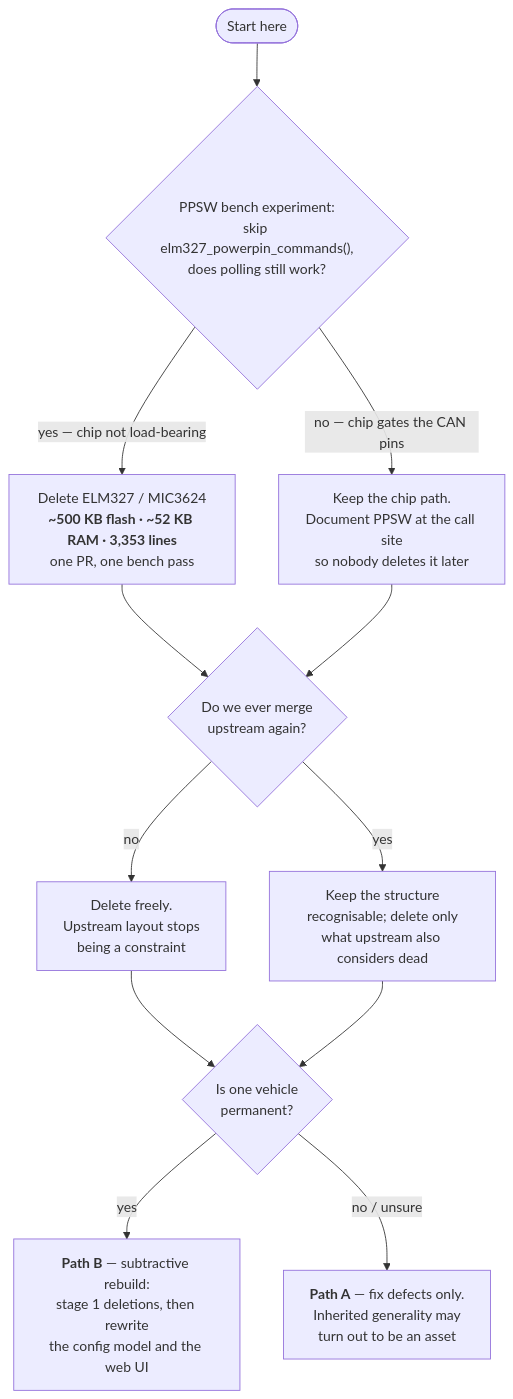
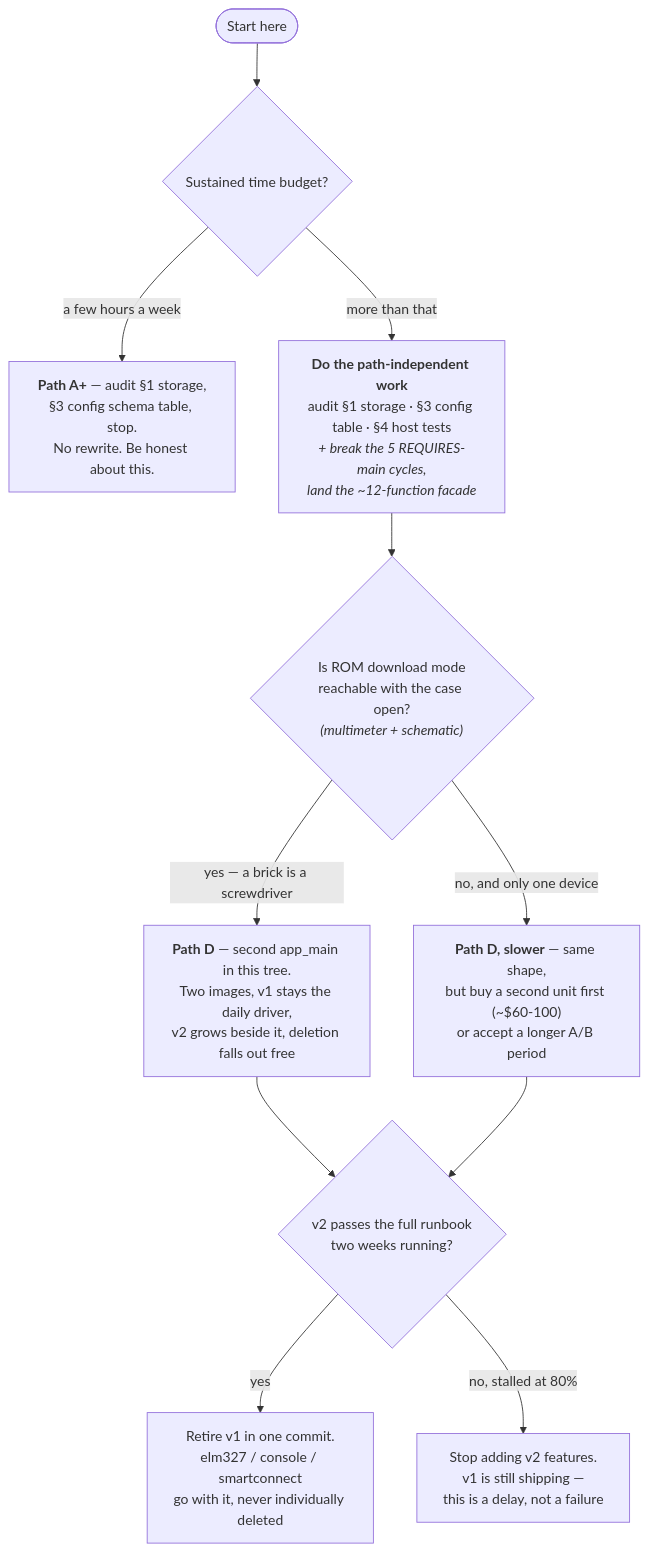
One commit to cdufresne81/nc-flash-wican-fw changed the second of 2 diagrams in docs/internals/rewrite-vs-evolve-2026-07.md. Above: the diagram before and after it, drawn with Mermaid. The commit also changed other lines of this file and 2 other files, not shown here.

````diff
--- a/docs/internals/rewrite-vs-evolve-2026-07.md
+++ b/docs/internals/rewrite-vs-evolve-2026-07.md
@@ -457,14 +634,13 @@
 ```mermaid
 flowchart TB
-    START(["Start here"]) --> PPSW{"PPSW bench experiment:<br/>skip elm327_powerpin_commands(),<br/>does polling still work?"}
-    PPSW -->|"yes — chip not load-bearing"| BIG["Delete ELM327 / MIC3624<br/><b>~500 KB flash · ~52 KB RAM · 3,353 lines</b><br/>one PR, one bench pass"]
-    PPSW -->|"no — chip gates the CAN pins"| KEEP["Keep the chip path.<br/>Document PPSW at the call site<br/>so nobody deletes it later"]
-    BIG --> UP
-    KEEP --> UP{"Do we ever merge<br/>upstream again?"}
-    UP -->|"no"| FREE["Delete freely.<br/>Upstream layout stops<br/>being a constraint"]
-    UP -->|"yes"| CARE["Keep the structure<br/>recognisable; delete only<br/>what upstream also considers dead"]
-    FREE --> ONE{"Is one vehicle<br/>permanent?"}
-    CARE --> ONE
-    ONE -->|"yes"| B["<b>Path B</b> — subtractive rebuild:<br/>stage 1 deletions, then rewrite<br/>the config model and the web UI"]
-    ONE -->|"no / unsure"| A["<b>Path A</b> — fix defects only.<br/>Inherited generality may<br/>turn out to be an asset"]
+    START(["Start here"]) --> TIME{"Sustained time budget?"}
+    TIME -->|"a few hours a week"| A["<b>Path A+</b> — audit §1 storage,<br/>§3 config schema table, stop.<br/>No rewrite. Be honest about this."]
+    TIME -->|"more than that"| WORK["<b>Do the path-independent work</b><br/>audit §1 storage · §3 config table · §4 host tests<br/><i>+ break the 5 REQUIRES-main cycles,<br/>land the ~12-function facade</i>"]
+    WORK --> BRICK{"Is ROM download mode<br/>reachable with the case open?<br/><i>(multimeter + schematic)</i>"}
+    BRICK -->|"yes — a brick is a screwdriver"| D["<b>Path D</b> — second app_main in this tree.<br/>Two images, v1 stays the daily driver,<br/>v2 grows beside it, deletion falls out free"]
+    BRICK -->|"no, and only one device"| D2["<b>Path D, slower</b> — same shape,<br/>but buy a second unit first (~$60-100)<br/>or accept a longer A/B period"]
+    D --> SHIP{"v2 passes the full runbook<br/>two weeks running?"}
+    D2 --> SHIP
+    SHIP -->|"yes"| RETIRE["Retire v1 in one commit.<br/>elm327 / console / smartconnect<br/>go with it, never individually deleted"]
+    SHIP -->|"no, stalled at 80%"| HOLD["Stop adding v2 features.<br/>v1 is still shipping —<br/>this is a delay, not a failure"]
 ```
````
